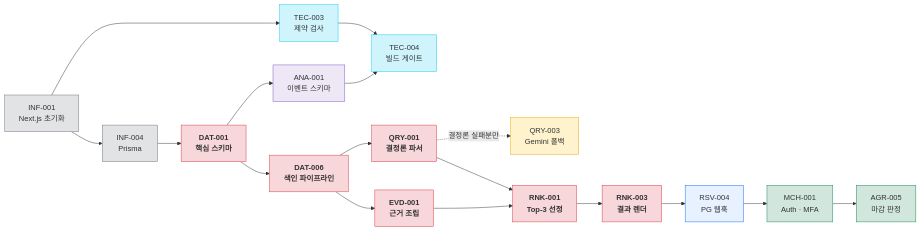
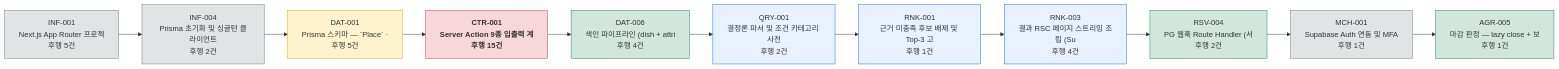
One commit to wild-mental/ai-place-mate-prd-to-srs changed the diagram in docs/[태스크 리스트] AI-Place-Mate.md. Above: the diagram before and after it, drawn with Mermaid. The commit also changed other lines of this file and 10 other files, not shown here.

````diff
--- a/docs/[태스크 리스트] AI-Place-Mate.md
+++ b/docs/[태스크 리스트] AI-Place-Mate.md
@@ -247,35 +308,32 @@
 ```mermaid
 flowchart LR
-    INF001["INF-001<br/>Next.js 초기화"]:::base
-    INF004["INF-004<br/>Prisma"]:::base
-    TEC003["TEC-003<br/>제약 검사"]:::gate
-    TEC004["TEC-004<br/>빌드 게이트"]:::gate
-    DAT001["DAT-001<br/>핵심 스키마"]:::crit
-    DAT006["DAT-006<br/>색인 파이프라인"]:::crit
-    QRY001["QRY-001<br/>결정론 파서"]:::crit
-    QRY003["QRY-003<br/>Gemini 폴백"]:::ai
-    EVD001["EVD-001<br/>근거 조립"]:::crit
-    RNK001["RNK-001<br/>Top-3 선정"]:::crit
-    RNK003["RNK-003<br/>결과 렌더"]:::crit
-    RSV004["RSV-004<br/>PG 웹훅"]:::pay
-    MCH001["MCH-001<br/>Auth · MFA"]:::p2
-    AGR005["AGR-005<br/>마감 판정"]:::p2
-    ANA001["ANA-001<br/>이벤트 스키마"]:::ana
-
-    INF001 --> INF004 --> DAT001 --> DAT006
-    INF001 --> TEC003 --> TEC004
-    DAT001 --> ANA001 --> TEC004
-    DAT006 --> QRY001 --> RNK001
-    DAT006 --> EVD001 --> RNK001
-    QRY001 -.->|"결정론 실패분만"| QRY003
-    RNK001 --> RNK003 --> RSV004
-    RSV004 --> MCH001 --> AGR005
-
-    classDef base fill:#e2e3e5,stroke:#6c757d
-    classDef gate fill:#cff4fc,stroke:#0dcaf0
-    classDef crit fill:#f8d7da,stroke:#dc3545,font-weight:bold
-    classDef ai fill:#fff3cd,stroke:#e0a800
-    classDef pay fill:#e7f1ff,stroke:#0d6efd
-    classDef p2 fill:#d1e7dd,stroke:#198754
-    classDef ana fill:#ede7f6,stroke:#7e57c2
+    INF001["INF-001<br/>Next.js App Router 프로젝<br/>후행 5건"]:::inf
+    INF004["INF-004<br/>Prisma 초기화 및 싱글턴 클라이언트<br/>후행 2건"]:::inf
+    DAT001["DAT-001<br/>Prisma 스키마 — `Place` ·<br/>후행 5건"]:::dat
+    CTR001["CTR-001<br/>Server Action 9종 입출력 계<br/>후행 15건"]:::ctr
+    DAT006["DAT-006<br/>색인 파이프라인 (dish + attri<br/>후행 4건"]:::wr
+    QRY001["QRY-001<br/>결정론 파서 및 조건 카테고리 사전<br/>후행 2건"]:::rd
+    RNK001["RNK-001<br/>근거 미충족 후보 배제 및 Top-3 고<br/>후행 1건"]:::rd
+    RNK003["RNK-003<br/>결과 RSC 페이지 스트리밍 조립 (Su<br/>후행 4건"]:::rd
+    RSV004["RSV-004<br/>PG 웹훅 Route Handler (서<br/>후행 2건"]:::wr
+    MCH001["MCH-001<br/>Supabase Auth 연동 및 MFA<br/>후행 1건"]:::inf
+    AGR005["AGR-005<br/>마감 판정 — lazy close + 보<br/>후행 1건"]:::wr
+    INF001 --> INF004
+    INF004 --> DAT001
+    DAT001 --> CTR001
+    CTR001 --> DAT006
+    DAT006 --> QRY001
+    QRY001 --> RNK001
+    RNK001 --> RNK003
+    RNK003 --> RSV004
+    RSV004 --> MCH001
+    MCH001 --> AGR005
+    classDef ctr fill:#f8d7da,stroke:#dc3545,font-weight:bold
+    classDef dat fill:#fff3cd,stroke:#e0a800
+    classDef inf fill:#e2e3e5,stroke:#6c757d
+    classDef rd fill:#e7f1ff,stroke:#0d6efd
+    classDef wr fill:#d1e7dd,stroke:#198754
+    classDef tst fill:#ede7f6,stroke:#7e57c2
+    classDef nfr fill:#cff4fc,stroke:#0dcaf0
+    classDef dsg fill:#fce4ec,stroke:#ec407a
 ```
````
